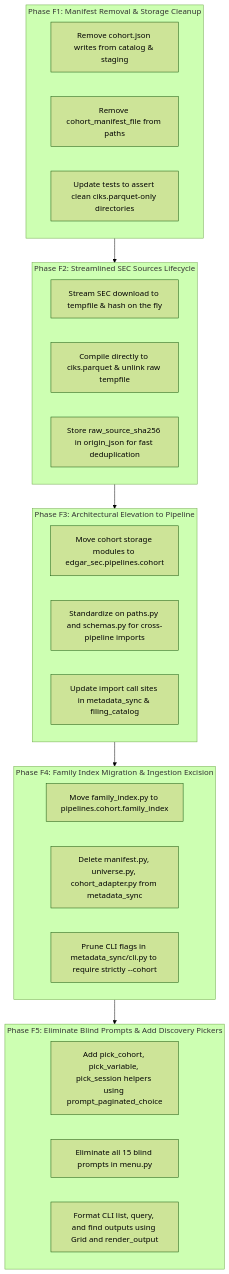
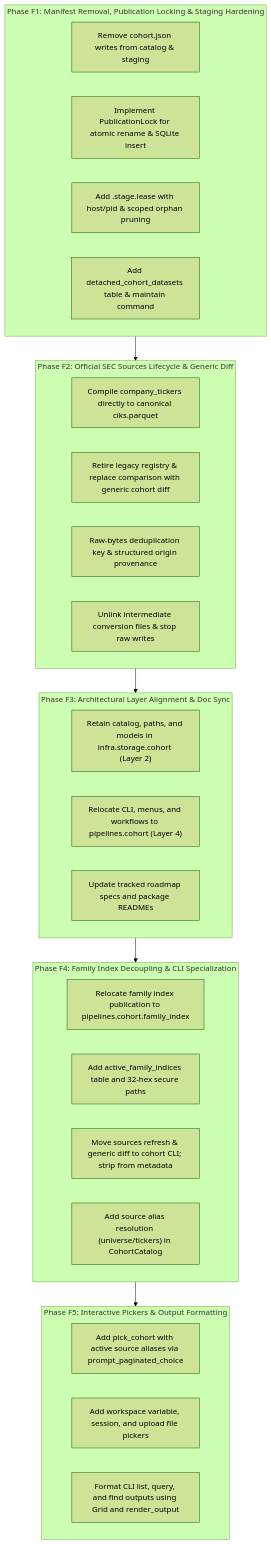
One commit to DerivedFunction01/edgar-sec changed the diagram in roadmap/cohort/followup_plan.md. Above: the diagram before and after it, drawn with Mermaid (forest theme). The commit also changed other lines of this file and 78 other files, not shown here.

Commit message:
refactor: refactor cohort and metadata sync pipelines to use family index and updated options

````diff
--- a/roadmap/cohort/followup_plan.md
+++ b/roadmap/cohort/followup_plan.md
@@ -263,37 +306,40 @@
 ```mermaid
 flowchart TD
-    subgraph PhaseF1["Phase F1: Manifest Removal & Storage Cleanup"]
+    subgraph PhaseF1["Phase F1: Manifest Removal, Publication Locking & Staging Hardening"]
         F1_1["Remove cohort.json writes from catalog & staging"]
-        F1_2["Remove cohort_manifest_file from paths"]
-        F1_3["Update tests to assert clean ciks.parquet-only directories"]
+        F1_2["Implement PublicationLock for atomic rename & SQLite insert"]
+        F1_3["Add .stage.lease with host/pid & scoped orphan pruning"]
+        F1_4["Add detached_cohort_datasets table & maintain command"]
     end
 
-    subgraph PhaseF2["Phase F2: Streamlined SEC Sources Lifecycle"]
-        F2_1["Stream SEC download to tempfile & hash on the fly"]
-        F2_2["Compile directly to ciks.parquet & unlink raw tempfile"]
-        F2_3["Store raw_source_sha256 in origin_json for fast deduplication"]
+    subgraph PhaseF2["Phase F2: Official SEC Sources Lifecycle & Generic Diff"]
+        F2_1["Compile company_tickers directly to canonical ciks.parquet"]
+        F2_2["Retire legacy registry & replace comparison with generic cohort diff"]
+        F2_3["Raw-bytes deduplication key & structured origin provenance"]
+        F2_4["Unlink intermediate conversion files & stop raw writes"]
     end
 
-    subgraph PhaseF3["Phase F3: Architectural Elevation to Pipeline"]
-        F3_1["Move cohort storage modules to edgar_sec.pipelines.cohort"]
-        F3_2["Standardize on paths.py and schemas.py for cross-pipeline imports"]
-        F3_3["Update import call sites in metadata_sync & filing_catalog"]
+    subgraph PhaseF3["Phase F3: Architectural Layer Alignment & Doc Sync"]
+        F3_1["Retain catalog, paths, and models in infra.storage.cohort (Layer 2)"]
+        F3_2["Relocate CLI, menus, and workflows to pipelines.cohort (Layer 4)"]
+        F3_3["Update tracked roadmap specs and package READMEs"]
     end
 
-    subgraph PhaseF4["Phase F4: Family Index Migration & Ingestion Excision"]
-        F4_1["Move family_index.py to pipelines.cohort.family_index"]
-        F4_2["Delete manifest.py, universe.py, cohort_adapter.py from metadata_sync"]
-        F4_3["Prune CLI flags in metadata_sync/cli.py to require strictly --cohort"]
+    subgraph PhaseF4["Phase F4: Family Index Decoupling & CLI Specialization"]
+        F4_1["Relocate family index publication to pipelines.cohort.family_index"]
+        F4_2["Add active_family_indices table and 32-hex secure paths"]
+        F4_3["Move sources refresh & generic diff to cohort CLI; strip from metadata"]
+        F4_4["Add source alias resolution (universe/tickers) in CohortCatalog"]
     end
 
-    subgraph PhaseF5["Phase F5: Eliminate Blind Prompts & Add Discovery Pickers"]
-        F5_1["Add pick_cohort, pick_variable, pick_session helpers using prompt_paginated_choice"]
-        F5_2["Eliminate all 15 blind prompts in menu.py"]
+    subgraph PhaseF5["Phase F5: Interactive Pickers & Output Formatting"]
+        F5_1["Add pick_cohort with active source aliases via prompt_paginated_choice"]
+        F5_2["Add workspace variable, session, and upload file pickers"]
         F5_3["Format CLI list, query, and find outputs using Grid and render_output"]
     end
 
     PhaseF1 --> PhaseF2
     PhaseF2 --> PhaseF3
     PhaseF3 --> PhaseF4
     PhaseF4 --> PhaseF5
 ```
````
